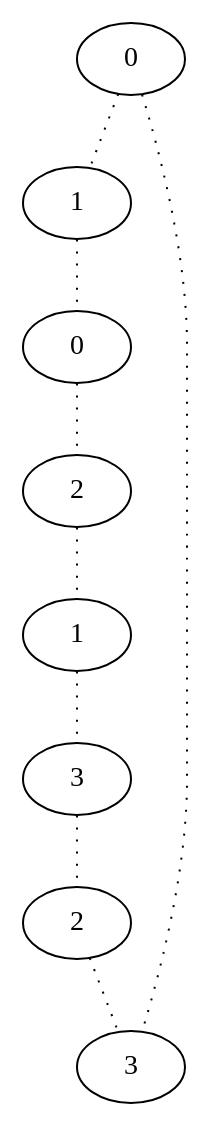
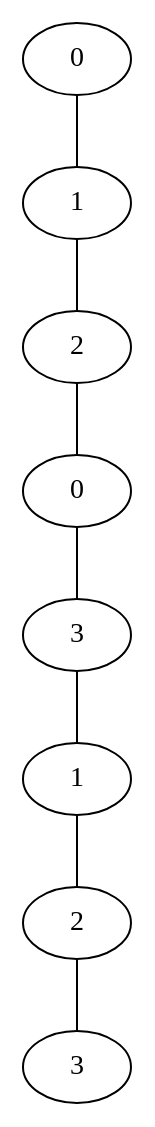
The diagram in TestPathsv1/result/8.dot (d1laj/Stage-M2), drawn with Graphviz before and after one commit. The commit also changed 3 other files, not shown here.

```diff
--- a/TestPathsv1/result/8.dot
+++ b/TestPathsv1/result/8.dot
@@ -1,18 +1,17 @@
 graph {
 a[label=0]
 b[label=1]
-c[label=0]
-d[label=2]
-e[label=1]
-f[label=3]
+c[label=2]
+d[label=0]
+e[label=3]
+f[label=1]
 g[label=2]
 h[label=3]
-a -- b [style=dotted];
-b -- c [style=dotted];
-c -- d [style=dotted];
-d -- e [style=dotted];
-e -- f [style=dotted];
-f -- g [style=dotted];
-g -- h [style=dotted];
-a -- h [style=dotted];
+a -- b;
+b -- c;
+c -- d;
+d -- e;
+e -- f;
+f -- g;
+g -- h;
 }
```
